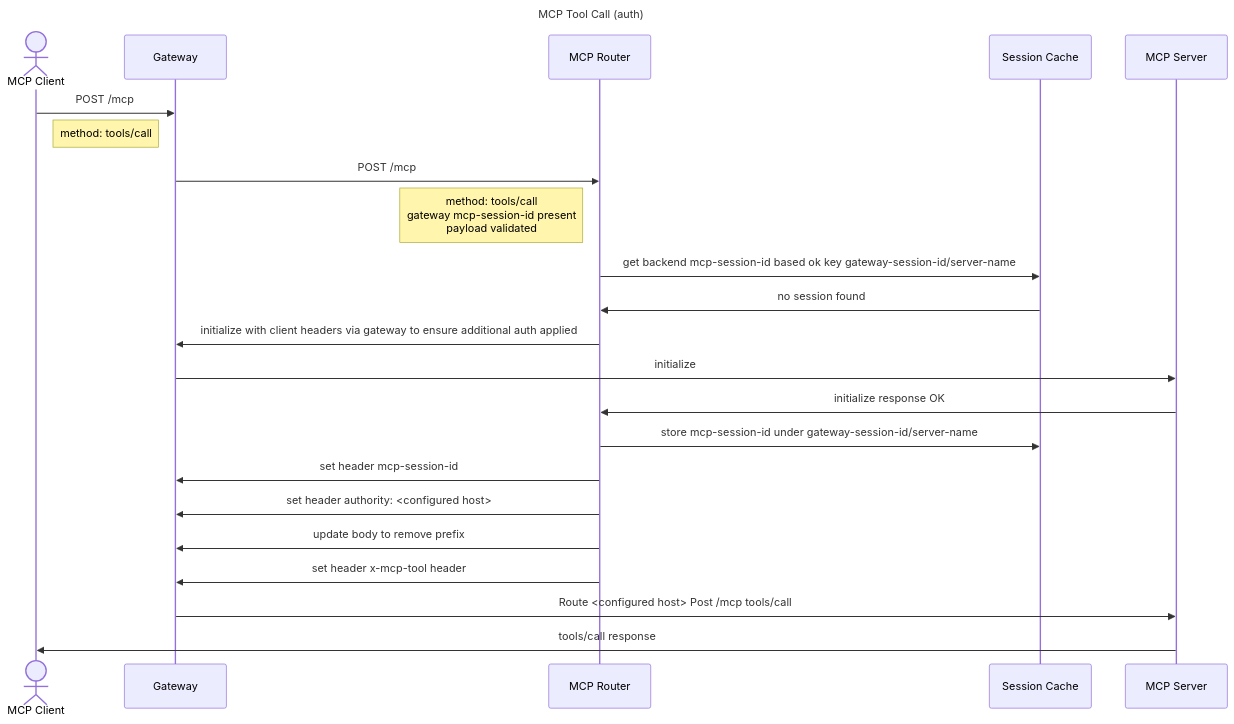
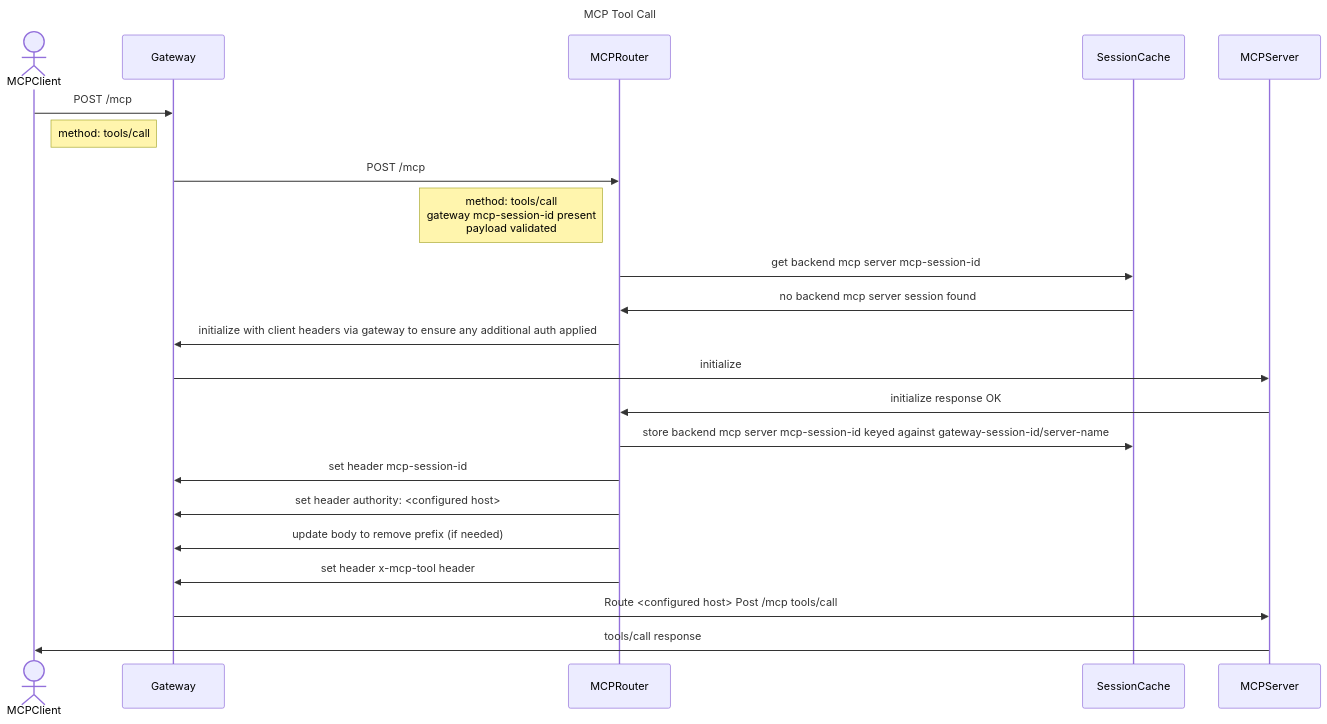
The fourth of 7 diagrams in docs/design/flows.md (esnible/mcp-gateway), drawn with Mermaid before and after one commit. The commit also changed other lines of this file, not shown here.

Commit message:
add some more simplified flow diagrams

````diff
--- a/docs/design/flows.md
+++ b/docs/design/flows.md
@@ -45,21 +90,21 @@
 ```mermaid
 sequenceDiagram
-        title MCP Tool Call (auth)
-        actor MCP Client
-        MCP Client->>Gateway: POST /mcp 
-        note right of MCP Client: method: tools/call
-        Gateway->>MCP Router: POST /mcp
-        note left of MCP Router: method: tools/call <br/> gateway mcp-session-id present <br/> payload validated
-        MCP Router->>Session Cache: get backend mcp-session-id based ok key  gateway-session-id/server-name
-        Session Cache->>MCP Router: no session found
-        MCP Router->>Gateway: initialize with client headers via gateway to ensure additional auth applied
-        Gateway->>MCP Server: initialize 
-        MCP Server->>MCP Router: initialize response OK
-        MCP Router->>Session Cache: store mcp-session-id under gateway-session-id/server-name
-        MCP Router->>Gateway: set header mcp-session-id
-        MCP Router->>Gateway: set header authority: <configured host>
-        MCP Router->>Gateway: update body to remove prefix 
-        MCP Router->>Gateway: set header x-mcp-tool header 
-        Gateway->>MCP Server: Route <configured host> Post /mcp tools/call
-        MCP Server->>MCP Client: tools/call response
+        title MCP Tool Call
+        actor MCPClient
+        MCPClient->>Gateway: POST /mcp
+        note right of MCPClient: method: tools/call
+        Gateway->>MCPRouter: POST /mcp
+        note left of MCPRouter: method: tools/call <br/> gateway mcp-session-id present <br/> payload validated
+        MCPRouter->>SessionCache: get backend mcp server mcp-session-id
+        SessionCache->>MCPRouter: no backend mcp server session found
+        MCPRouter->>Gateway: initialize with client headers via gateway to ensure any additional auth applied
+        Gateway->>MCPServer: initialize
+        MCPServer->>MCPRouter: initialize response OK
+        MCPRouter->>SessionCache: store backend mcp server mcp-session-id keyed against gateway-session-id/server-name
+        MCPRouter->>Gateway: set header mcp-session-id
+        MCPRouter->>Gateway: set header authority: <configured host>
+        MCPRouter->>Gateway: update body to remove prefix (if needed)
+        MCPRouter->>Gateway: set header x-mcp-tool header
+        Gateway->>MCPServer: Route <configured host> Post /mcp tools/call
+        MCPServer->>MCPClient: tools/call response
 ```
````
